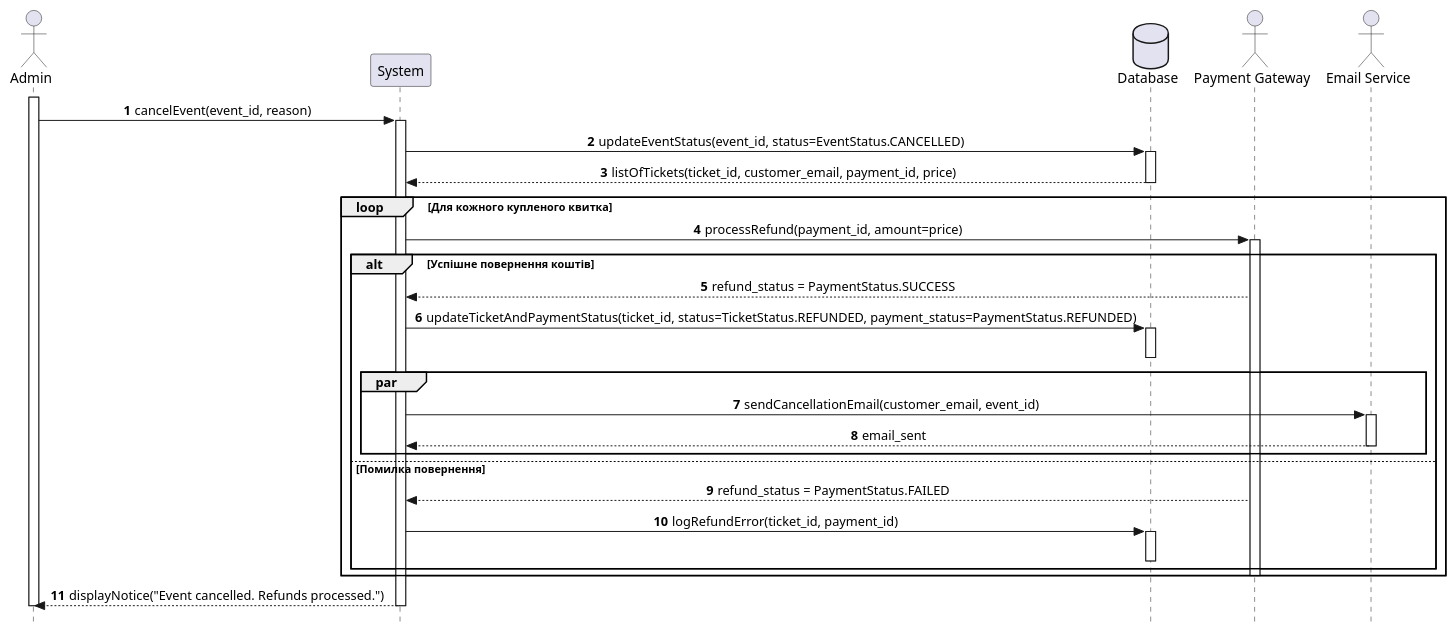
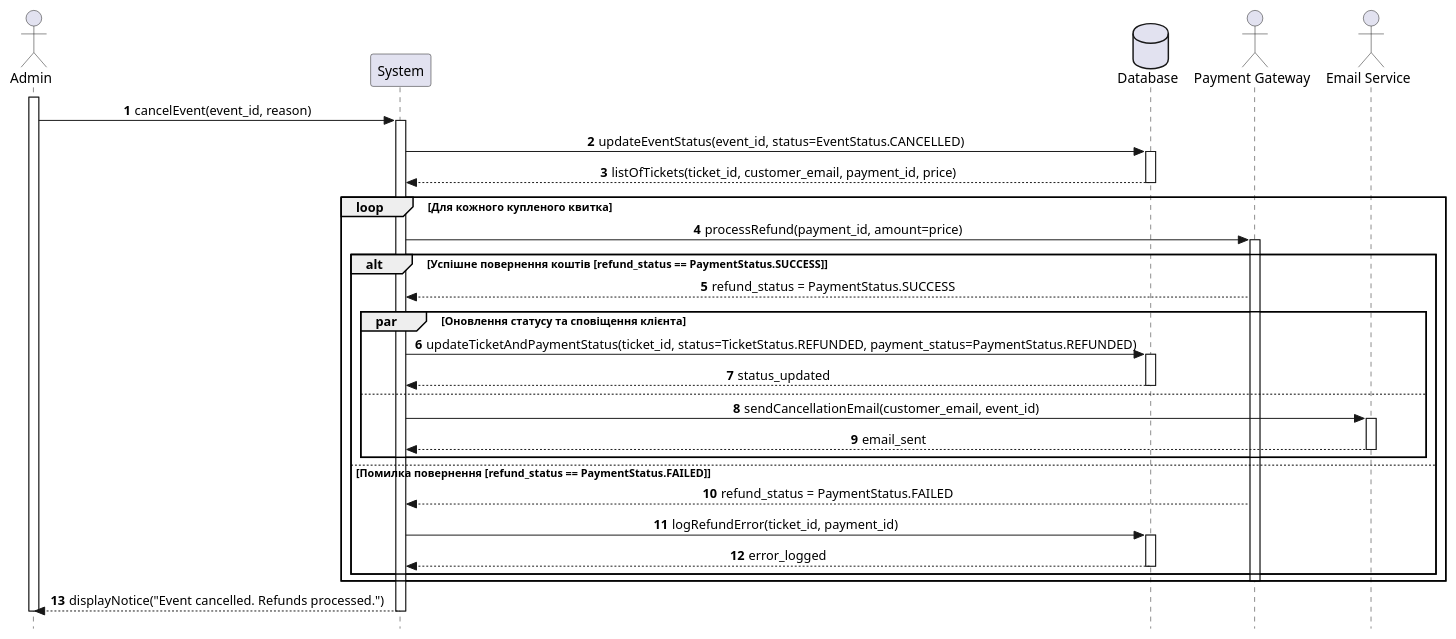
One commit to anastasiiaaz/2-course-mavpz changed the diagram in lab3/scenario2.puml. Above: the diagram before and after it, drawn with PlantUML. The commit also changed 2 other files, not shown here.

Commit message:
fix: use break and fix par in sequence diagrams

```diff
--- a/lab3/scenario2.puml
+++ b/lab3/scenario2.puml
@@ -1,53 +1,55 @@
 @startuml cancel_event
 autonumber
 skinparam Style strictuml
 skinparam SequenceMessageAlignment center
 
 actor "Admin" as A
 participant "System" as App
 database "Database" as DB
 actor "Payment Gateway" as PG
 actor "Email Service" as ES
 
 activate A
 A -> App : cancelEvent(event_id, reason)
 activate App
 
 App -> DB : updateEventStatus(event_id, status=EventStatus.CANCELLED)
 activate DB
 DB --> App : listOfTickets(ticket_id, customer_email, payment_id, price)
 deactivate DB
 
 loop Для кожного купленого квитка
     App -> PG : processRefund(payment_id, amount=price)
     activate PG
     
-    alt Успішне повернення коштів
+    alt Успішне повернення коштів [refund_status == PaymentStatus.SUCCESS]
         PG --> App : refund_status = PaymentStatus.SUCCESS
         
-        App -> DB : updateTicketAndPaymentStatus(ticket_id, status=TicketStatus.REFUNDED, payment_status=PaymentStatus.REFUNDED)
-        activate DB
-        deactivate DB
-        
-        par
+        par Оновлення статусу та сповіщення клієнта
+            App -> DB : updateTicketAndPaymentStatus(ticket_id, status=TicketStatus.REFUNDED, payment_status=PaymentStatus.REFUNDED)
+            activate DB
+            DB --> App : status_updated
+            deactivate DB
+        else
             App -> ES : sendCancellationEmail(customer_email, event_id)
             activate ES
             ES --> App : email_sent
             deactivate ES
         end
 
-    else Помилка повернення
+    else Помилка повернення [refund_status == PaymentStatus.FAILED]
         PG --> App : refund_status = PaymentStatus.FAILED
         App -> DB : logRefundError(ticket_id, payment_id)
         activate DB
+        DB --> App : error_logged
         deactivate DB
     end
     
     deactivate PG
 end
 
 App --> A : displayNotice("Event cancelled. Refunds processed.")
 
 deactivate App
 deactivate A
 @enduml
```
